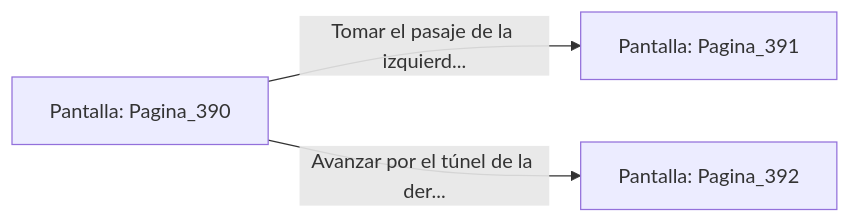
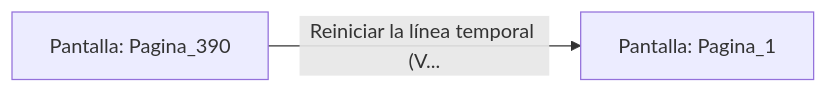
One commit to metsuke/mpl changed the diagram in sample/eligejuego-vault/Pantalla_Pagina_390.md. Above: the diagram before and after it, drawn with Mermaid. The commit also changed other lines of this file and 635 other files, not shown here.

First line of the commit message:
fix: añadir Pagina_1 como pantalla inicial en capitulo_01.mpl

````diff
--- a/sample/eligejuego-vault/Pantalla_Pagina_390.md
+++ b/sample/eligejuego-vault/Pantalla_Pagina_390.md
@@ -20,6 +17,5 @@
 ```mermaid
 graph LR
     P_Pagina_390["Pantalla: Pagina_390"]
-    P_Pagina_390 -->|"Tomar el pasaje de la izquierd..."| P_Pagina_391["Pantalla: Pagina_391"]
-    P_Pagina_390 -->|"Avanzar por el túnel de la der..."| P_Pagina_392["Pantalla: Pagina_392"]
+    P_Pagina_390 -->|"Reiniciar la línea temporal (V..."| P_Pagina_1["Pantalla: Pagina_1"]
 ```
````
